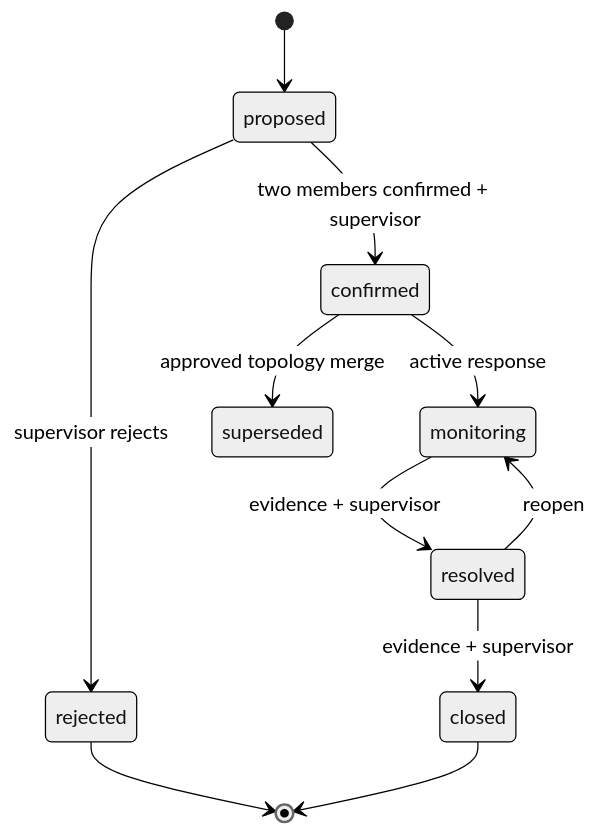
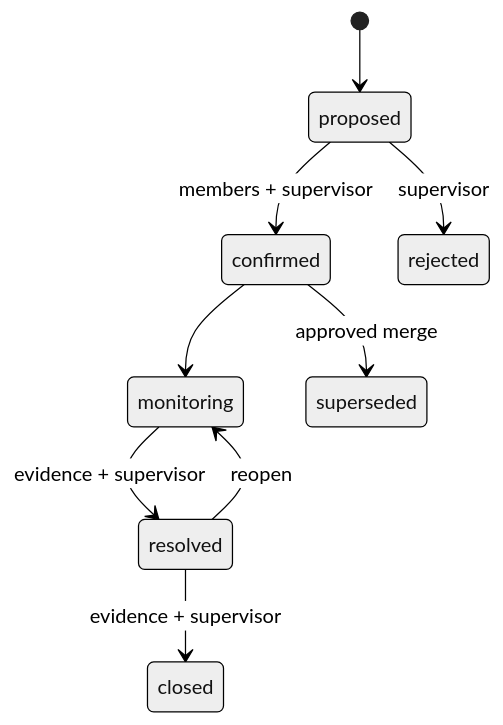
One commit to BAITC-Hacks/hack-803e2c8f-baash changed the fourth of 5 diagrams in docs/architecture/README.md. Above: the diagram before and after it, drawn with Mermaid (neutral theme). The commit also changed other lines of this file and 30 other files, not shown here.

````diff
--- a/docs/architecture/README.md
+++ b/docs/architecture/README.md
@@ -143,13 +71,11 @@
 ```mermaid
 stateDiagram-v2
     [*] --> proposed
-    proposed --> confirmed: two members confirmed + supervisor
-    proposed --> rejected: supervisor rejects
-    confirmed --> monitoring: active response
+    proposed --> confirmed: members + supervisor
+    proposed --> rejected: supervisor
+    confirmed --> monitoring
     monitoring --> resolved: evidence + supervisor
     resolved --> closed: evidence + supervisor
     resolved --> monitoring: reopen
-    confirmed --> superseded: approved topology merge
-    rejected --> [*]
-    closed --> [*]
+    confirmed --> superseded: approved merge
 ```
````
